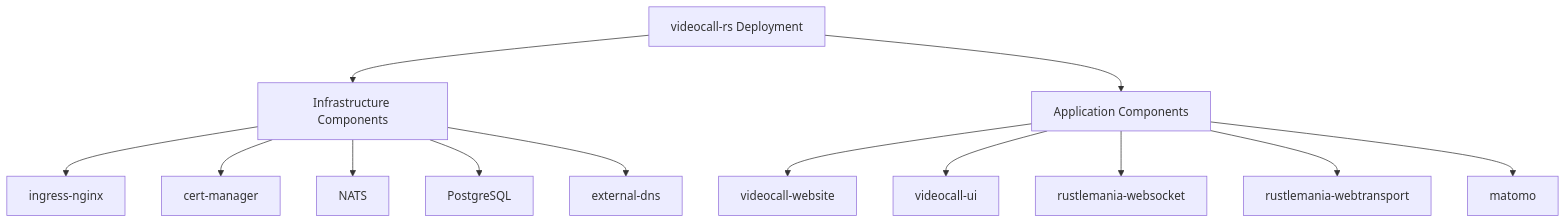
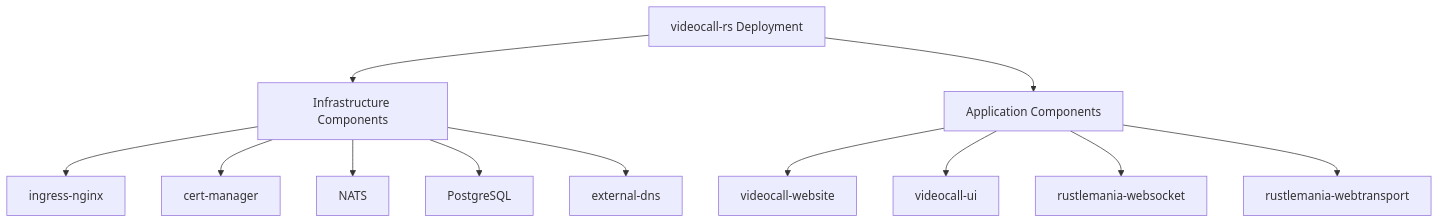
One commit to security-union/videocall-rs changed the seventh of 7 diagrams in ARCHITECTURE.md. Above: the diagram before and after it, drawn with Mermaid. The commit also changed other lines of this file and 22 other files, not shown here.

````diff
--- a/ARCHITECTURE.md
+++ b/ARCHITECTURE.md
@@ -361,17 +361,16 @@
 ```mermaid
 graph TD
     A[videocall-rs Deployment] --> B[Infrastructure Components]
     A --> C[Application Components]
     
     B --> D[ingress-nginx]
     B --> E[cert-manager]
     B --> F[NATS]
     B --> G[PostgreSQL]
     B --> H[external-dns]
     
     C --> I[videocall-website]
     C --> J[videocall-ui]
     C --> K[rustlemania-websocket]
     C --> L[rustlemania-webtransport]
-    C --> M[matomo]
 ```
````
